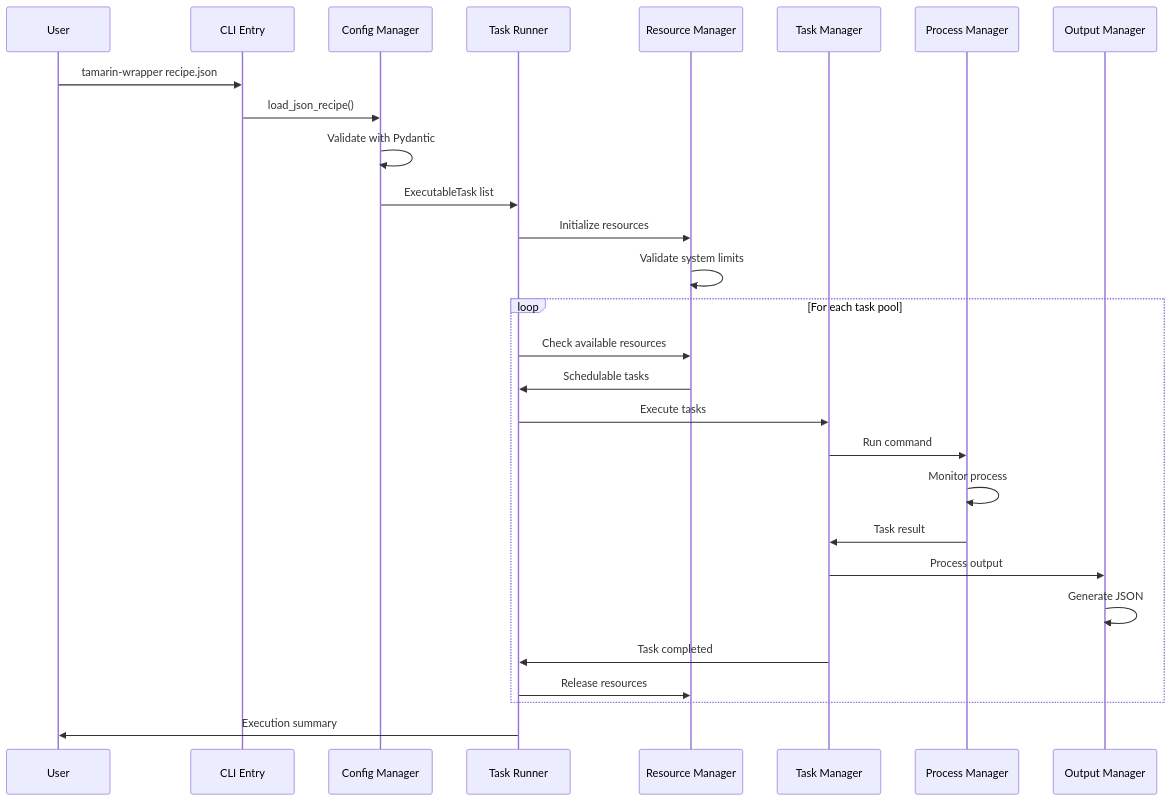
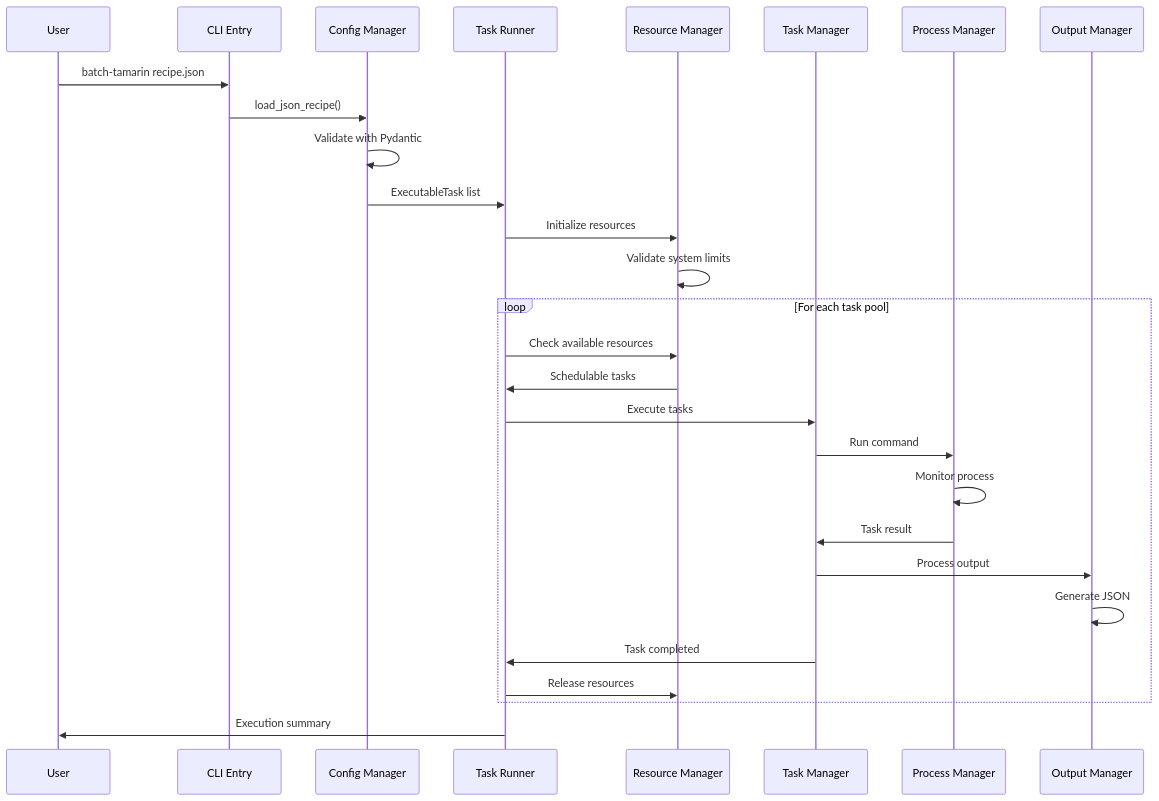
One commit to tamarin-prover/batch-tamarin changed the second of 10 diagrams in ARCHITECTURE.md. Above: the diagram before and after it, drawn with Mermaid. The commit also changed other lines of this file and 27 other files, not shown here.

Commit message:
chore(rename): renamed tamarin-wrapper into batch-tamarin

````diff
--- a/ARCHITECTURE.md
+++ b/ARCHITECTURE.md
@@ -112,33 +112,33 @@
 ```mermaid
 sequenceDiagram
     participant User
     participant CLI as CLI Entry
     participant CM as Config Manager
     participant TR as Task Runner
     participant RM as Resource Manager
     participant TM as Task Manager
     participant PM as Process Manager
     participant OM as Output Manager
 
-    User->>CLI: tamarin-wrapper recipe.json
+    User->>CLI: batch-tamarin recipe.json
     CLI->>CM: load_json_recipe()
     CM->>CM: Validate with Pydantic
     CM->>TR: ExecutableTask list
     TR->>RM: Initialize resources
     RM->>RM: Validate system limits
 
     loop For each task pool
         TR->>RM: Check available resources
         RM->>TR: Schedulable tasks
         TR->>TM: Execute tasks
         TM->>PM: Run command
         PM->>PM: Monitor process
         PM->>TM: Task result
         TM->>OM: Process output
         OM->>OM: Generate JSON
         TM->>TR: Task completed
         TR->>RM: Release resources
     end
 
     TR->>User: Execution summary
 ```
````
